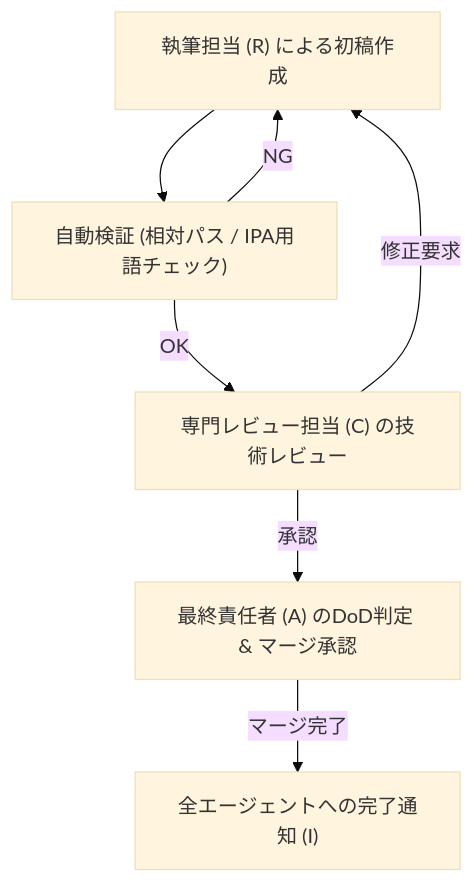
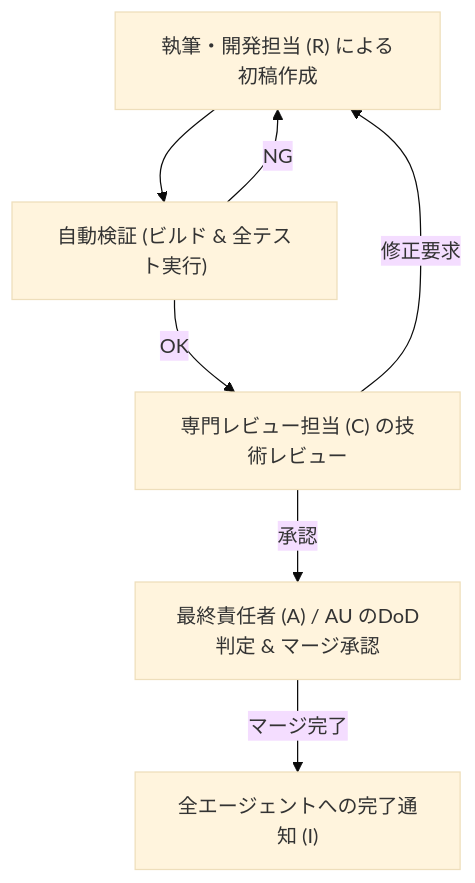
The diagram in project-docs/processes/PROC-02-agent_roles.md (rokujyouhitoma/registered-Information-security-specialist-examination), drawn with Mermaid (base theme) before and after one commit. The commit also changed other lines of this file and 3 other files, not shown here.

````diff
--- a/project-docs/processes/PROC-02-agent_roles.md
+++ b/project-docs/processes/PROC-02-agent_roles.md
@@ -51,9 +57,9 @@
 ```mermaid
 flowchart TD
-    A["執筆担当 (R) による初稿作成"] --> B["自動検証 (相対パス / IPA用語チェック)"]
+    A["執筆・開発担当 (R) による初稿作成"] --> B["自動検証 (ビルド & 全テスト実行)"]
     B -->|OK| C["専門レビュー担当 (C) の技術レビュー"]
     B -->|NG| A
     C -->|修正要求| A
-    C -->|承認| D["最終責任者 (A) のDoD判定 & マージ承認"]
+    C -->|承認| D["最終責任者 (A) / AU のDoD判定 & マージ承認"]
     D -->|マージ完了| E["全エージェントへの完了通知 (I)"]
 ```
````
